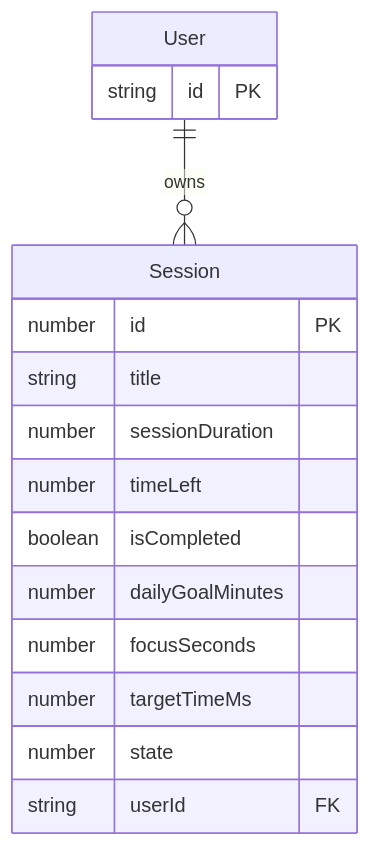
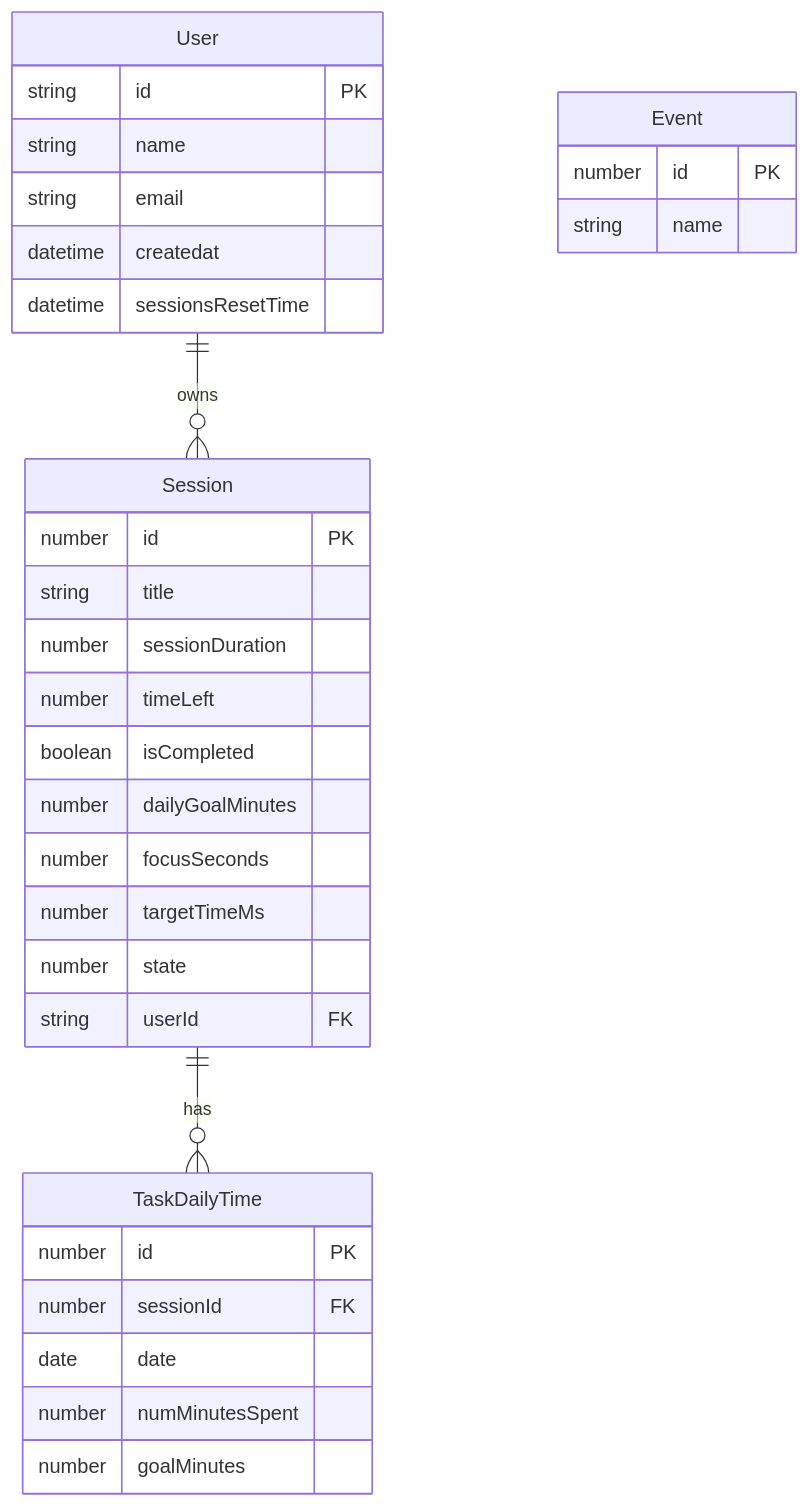
The diagram in backend/design.md (SheoranRavi/focus-flow), drawn with Mermaid before and after one commit. The commit also changed other lines of this file, not shown here.

Commit message:
backend db schema

````diff
--- a/backend/design.md
+++ b/backend/design.md
@@ -17,27 +17,44 @@
 ```mermaid
 ---
 Title: DB Schema
 ---
 erDiagram
 Session {
     number id PK
     string title
     number sessionDuration
     number timeLeft
     boolean isCompleted
     number dailyGoalMinutes
     number focusSeconds
     number targetTimeMs
     number state
     string userId FK
 }
 
 User {
     string id PK
+    string name
+    string email
+    datetime createdat
+    datetime sessionsResetTime
 }
 
 User ||--o{ Session : owns
 
+Event {
+    number id PK
+    string name
+}
 
+TaskDailyTime {
+    number id PK
+    number sessionId FK
+    date date
+    number numMinutesSpent
+    number goalMinutes
+}
+
+Session ||--o{ TaskDailyTime : has
 
 ```
````
